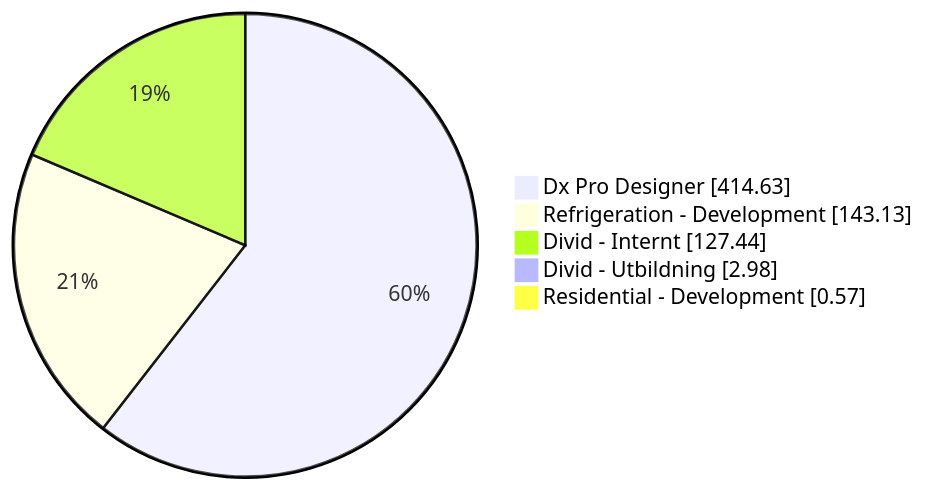
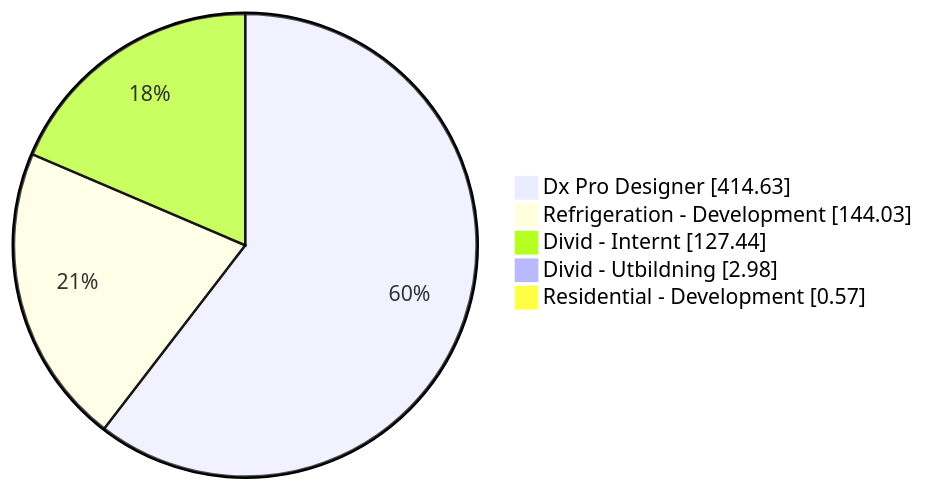
The first of 5 diagrams in README.org (albinforsberg-netizen/timeclock), drawn with Mermaid before and after one commit. The commit also changed other lines of this file, not shown here.

```diff
--- a/README.org
+++ b/README.org
@@ -32,8 +32,8 @@
 #+begin_src mermaid
 pie showData
     "Dx Pro Designer" : 414.63
-    "Refrigeration - Development" : 143.13
+    "Refrigeration - Development" : 144.03
     "Divid - Internt" : 127.44
     "Divid - Utbildning" : 2.98
     "Residential - Development" : 0.57
 #+end_src
```
